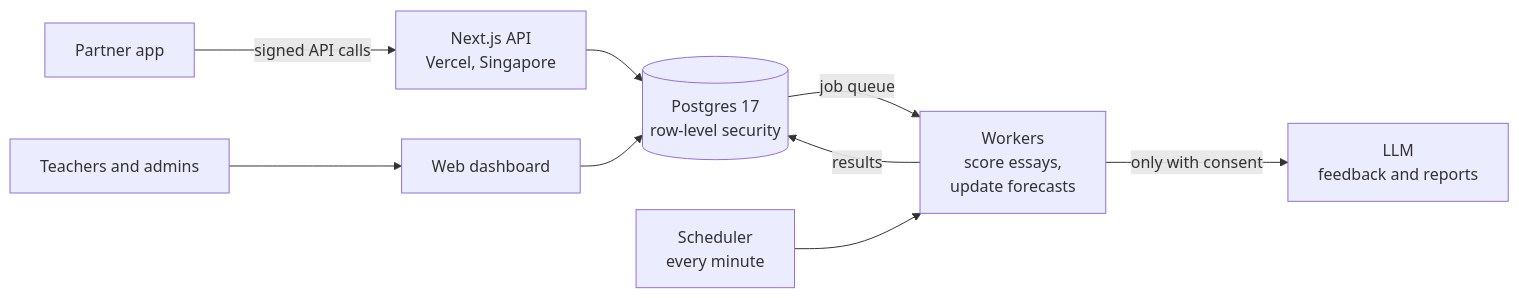
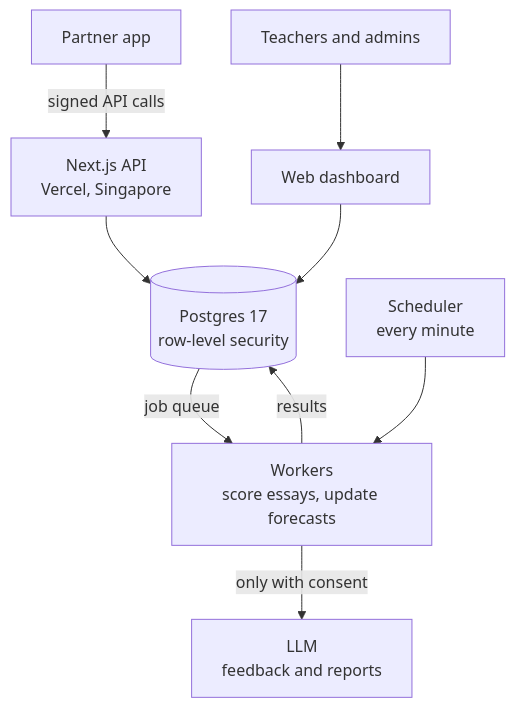
One commit to rafidhiyaulh/altimeter changed the diagram in docs/architecture.mmd. Above: the diagram before and after it, drawn with Mermaid. The commit also changed 2 other files, not shown here.

Commit message:
README: vertical architecture diagram, readable at README width

```diff
--- a/docs/architecture.mmd
+++ b/docs/architecture.mmd
@@ -1,9 +1,9 @@
-flowchart LR
+flowchart TB
   partner[Partner app] -->|signed API calls| api[Next.js API<br/>Vercel, Singapore]
   staff[Teachers and admins] --> web[Web dashboard]
   api --> db[(Postgres 17<br/>row-level security)]
   web --> db
-  db -->|job queue| workers[Workers<br/>score essays,<br/>update forecasts]
+  db -->|job queue| workers[Workers<br/>score essays, update forecasts]
   cron[Scheduler<br/>every minute] --> workers
   workers -->|results| db
   workers -->|only with consent| llm[LLM<br/>feedback and reports]
```
